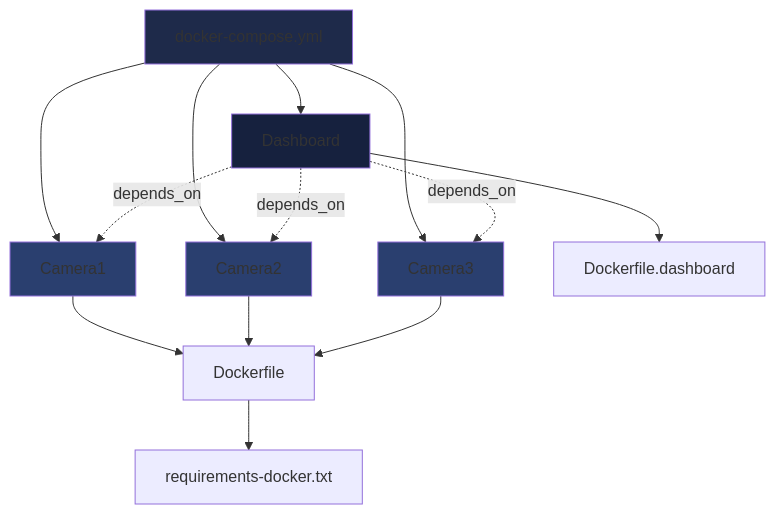
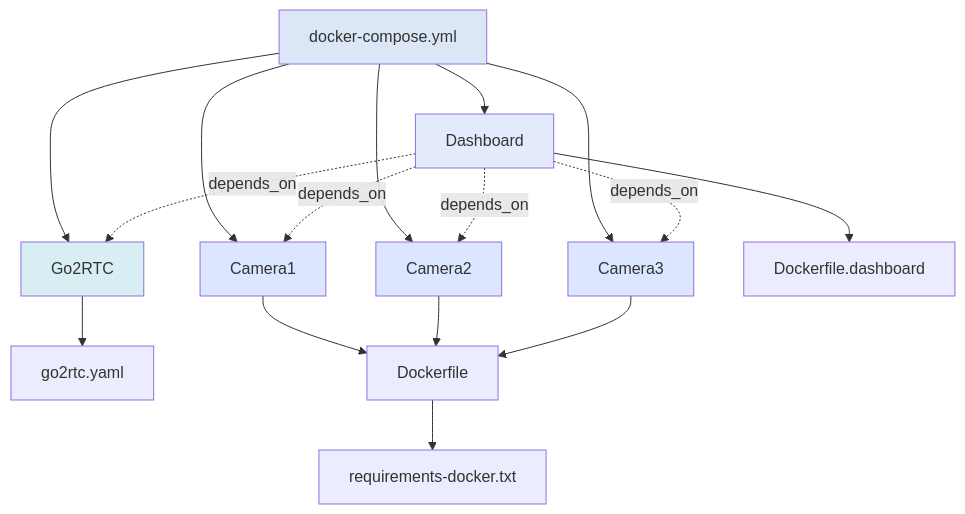
One commit to Masakai/meteo changed the eighth of 10 diagrams in documents/DOCKER_ARCHITECTURE.md. Above: the diagram before and after it, drawn with Mermaid. The commit also changed other lines of this file and 8 other files, not shown here.

Commit message:
- Mermaidダイアグラム用スタイルのカラーパレットを調整   - セーフティカラーを温和なトーンへ変更   - Mermaidテーマ設定のドキュメントやスクリプトを更新 - WebRTC/Go2RTC関連のドキュメント強化   - `go2rtc` コンテナ仕様、図解を追加   - ダッシュボード埋め込み方式とストリーミング設定を反映   - 構築手順にポートや依存関係情報を補足

````diff
--- a/documents/DOCKER_ARCHITECTURE.md
+++ b/documents/DOCKER_ARCHITECTURE.md
@@ -402,26 +491,30 @@
 ```mermaid
 graph TD
     Compose["docker-compose.yml"]
 
     Compose --> Dashboard
+    Compose --> Go2RTC
     Compose --> Camera1
     Compose --> Camera2
     Compose --> Camera3
 
+    Dashboard -.->|"depends_on"| Go2RTC
     Dashboard -.->|"depends_on"| Camera1
     Dashboard -.->|"depends_on"| Camera2
     Dashboard -.->|"depends_on"| Camera3
 
+    Go2RTC --> Go2RTCConfig["go2rtc.yaml"]
     Camera1 --> Dockerfile
     Camera2 --> Dockerfile
     Camera3 --> Dockerfile
     Dashboard --> DockerfileDashboard["Dockerfile.dashboard"]
 
     Dockerfile --> Requirements["requirements-docker.txt"]
 
-    style Compose fill:#1e2a4a
-    style Dashboard fill:#16213e
-    style Camera1 fill:#2a3f6f
-    style Camera2 fill:#2a3f6f
-    style Camera3 fill:#2a3f6f
+    style Compose fill:#dbe7f6
+    style Dashboard fill:#e2eafc
+    style Go2RTC fill:#d7eef2
+    style Camera1 fill:#dce6ff
+    style Camera2 fill:#dce6ff
+    style Camera3 fill:#dce6ff
 ```
````
